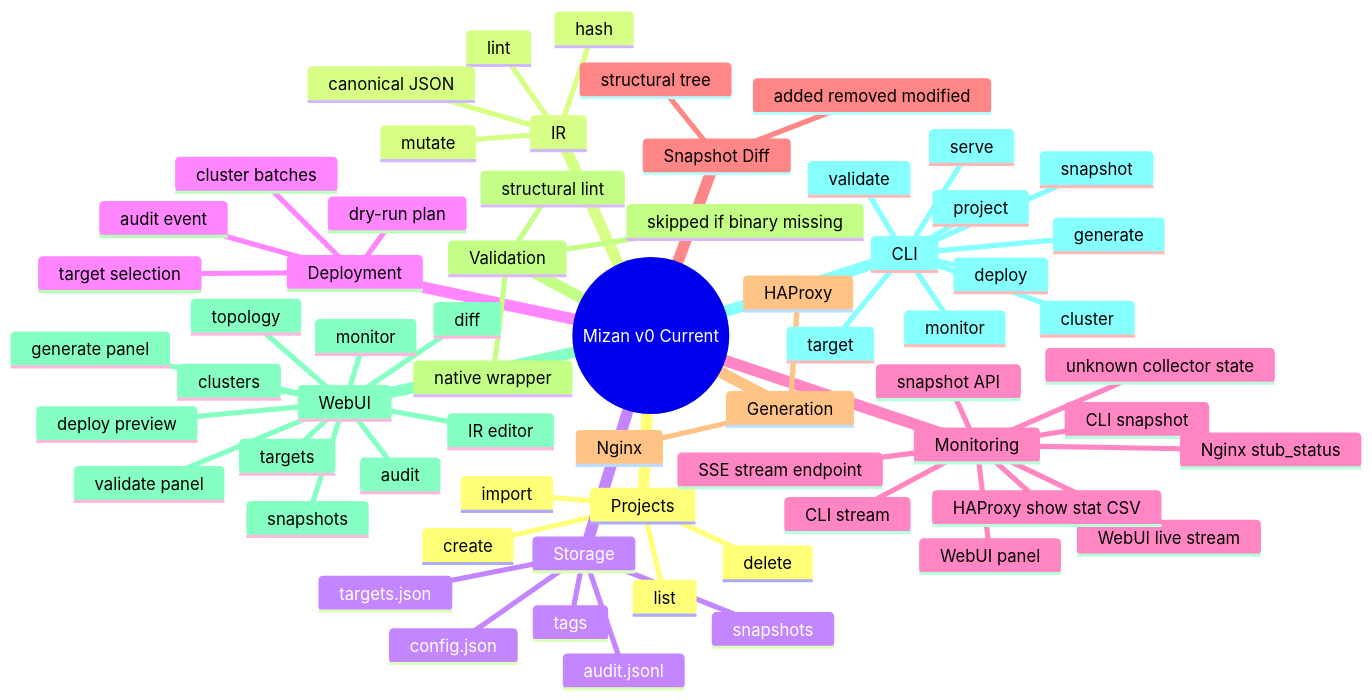
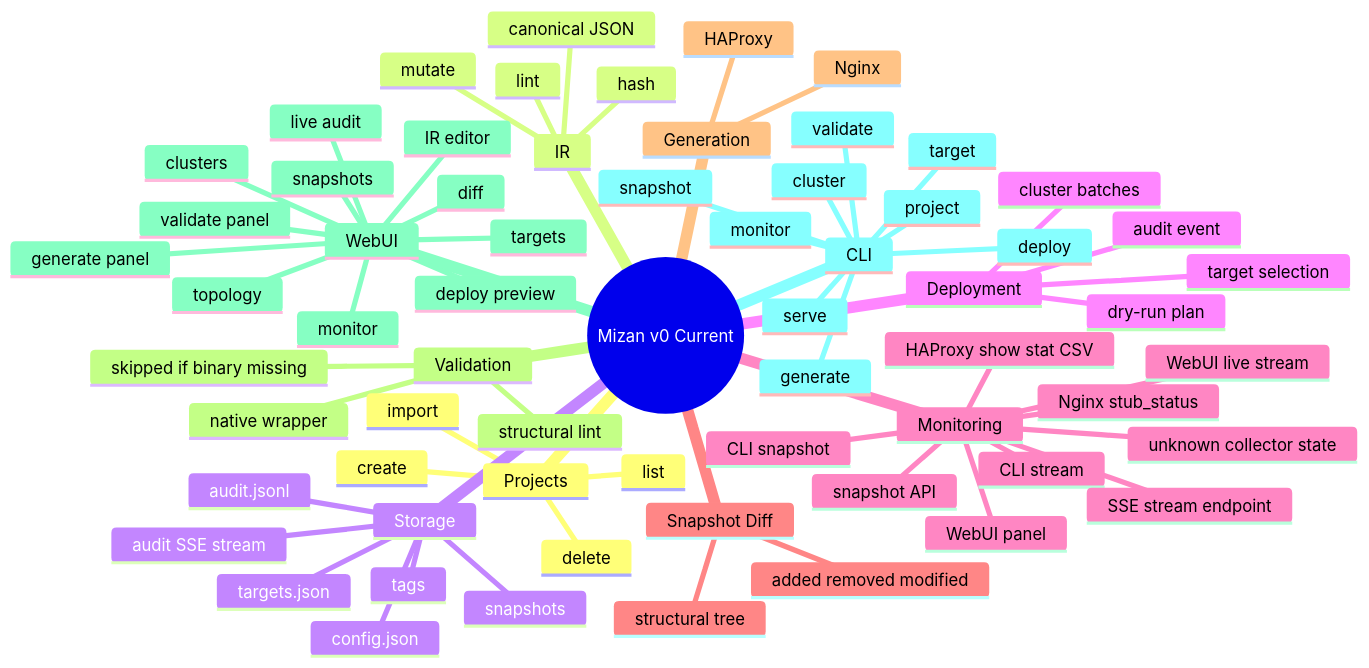
Before and after one commit to ersinkoc/Nizam: diagram 17 of 18 in ARCHITECTURE.md, drawn with Mermaid. The commit also changed other lines of this file and 6 other files, not shown here.

Commit message:
Add project audit event stream

````diff
--- a/ARCHITECTURE.md
+++ b/ARCHITECTURE.md
@@ -530,67 +539,68 @@
 ```mermaid
 mindmap
   root((Mizan v0 Current))
     Projects
       create
       list
       delete
       import
     IR
       lint
       mutate
       hash
       canonical JSON
     Storage
       config.json
       snapshots
       tags
       audit.jsonl
+      audit SSE stream
       targets.json
     Deployment
       dry-run plan
       target selection
       cluster batches
       audit event
     Monitoring
       snapshot API
       CLI snapshot
       CLI stream
       WebUI panel
       WebUI live stream
       SSE stream endpoint
       HAProxy show stat CSV
       Nginx stub_status
       unknown collector state
     Snapshot Diff
       structural tree
       added removed modified
     Generation
       HAProxy
       Nginx
     Validation
       structural lint
       native wrapper
       skipped if binary missing
     WebUI
       IR editor
       generate panel
       validate panel
       topology
       snapshots
       diff
       targets
       clusters
       deploy preview
       monitor
-      audit
+      live audit
     CLI
       serve
       project
       snapshot
       target
       cluster
       generate
       validate
       deploy
       monitor
 ```
````
